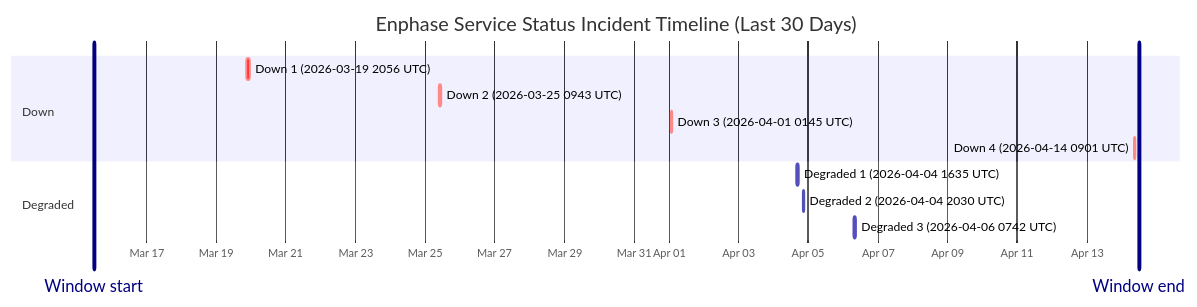
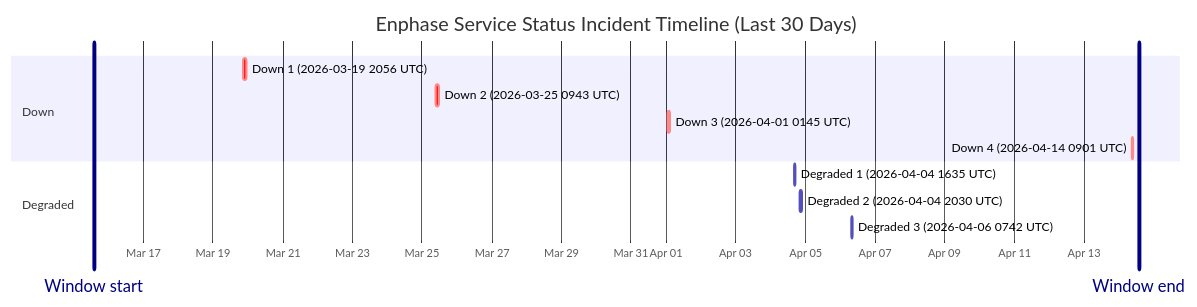
The diagram in wiki/Service-Status-History.md (barneyonline/ha-enphase-ev-charger), drawn with Mermaid before and after one commit. The commit also changed other lines of this file and 3 other files, not shown here.

````diff
--- a/wiki/Service-Status-History.md
+++ b/wiki/Service-Status-History.md
@@ -14,17 +14,17 @@
 ```mermaid
 gantt
     title Enphase Service Status Incident Timeline (Last 30 Days)
     dateFormat  YYYY-MM-DDTHH:mm:ss
     axisFormat  %b %d
-    Window start :vert, window-start, 2026-03-15T11:56:23, 0ms
-    Window end :vert, window-end, 2026-04-14T11:56:23, 0ms
+    Window start :vert, window-start, 2026-03-15T13:47:46, 0ms
+    Window end :vert, window-end, 2026-04-14T13:47:46, 0ms
     section Down
     Down 1 (2026-03-19 2056 UTC) :crit, down-1, 2026-03-19T20:56:20, 145m
     Down 2 (2026-03-25 0943 UTC) :crit, down-2, 2026-03-25T09:43:28, 111m
     Down 3 (2026-04-01 0145 UTC) :crit, down-3, 2026-04-01T01:45:09, 60m
     Down 4 (2026-04-14 0901 UTC) :crit, down-4, 2026-04-14T09:01:13, 60m
     section Degraded
     Degraded 1 (2026-04-04 1635 UTC) :active, degraded-1, 2026-04-04T16:35:17, 60m
     Degraded 2 (2026-04-04 2030 UTC) :active, degraded-2, 2026-04-04T20:30:40, 60m
     Degraded 3 (2026-04-06 0742 UTC) :active, degraded-3, 2026-04-06T07:42:09, 85m
 ```
````
